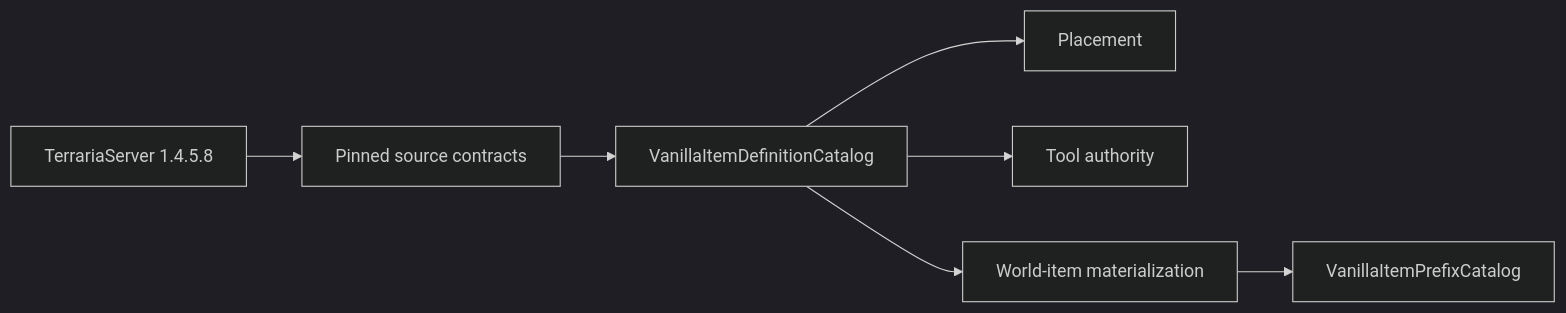
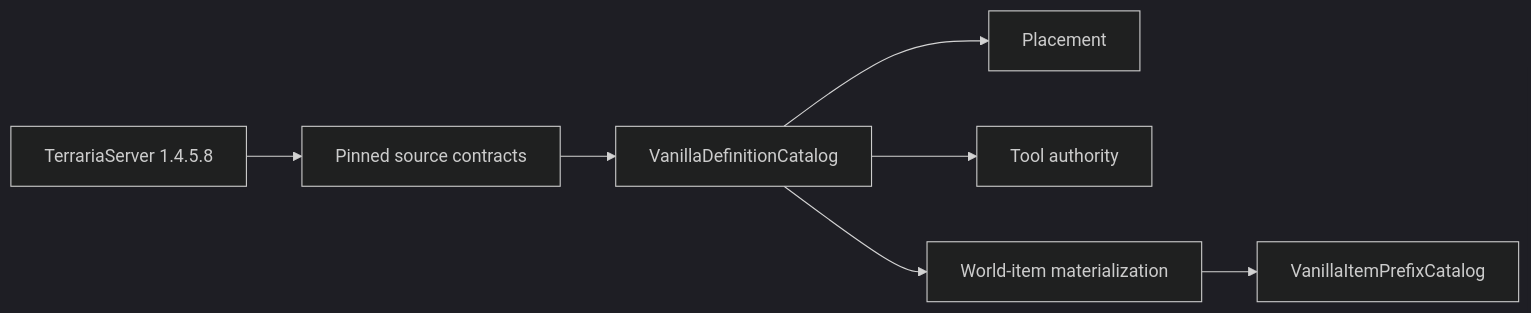
One commit to VegaKernel/TerraRuntime changed the diagram in docs/en/item-definitions.md. Above: the diagram before and after it, drawn with Mermaid (dark theme). The commit also changed other lines of this file and 779 other files, not shown here.

````diff
--- a/docs/en/item-definitions.md
+++ b/docs/en/item-definitions.md
@@ -7,9 +7,9 @@
 ```mermaid
 flowchart LR
     Source["TerrariaServer 1.4.5.8"] --> Probe["Pinned source contracts"]
-    Probe --> Catalog["VanillaItemDefinitionCatalog"]
+    Probe --> Catalog["VanillaDefinitionCatalog"]
     Catalog --> Placement["Placement"]
     Catalog --> Tools["Tool authority"]
     Catalog --> WorldDrop["World-item materialization"]
     WorldDrop --> Prefixes["VanillaItemPrefixCatalog"]
 ```
````
